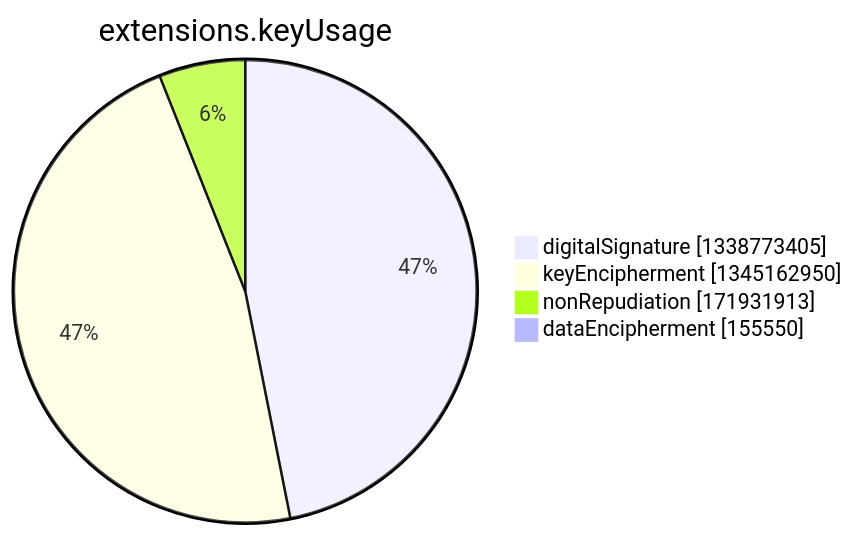
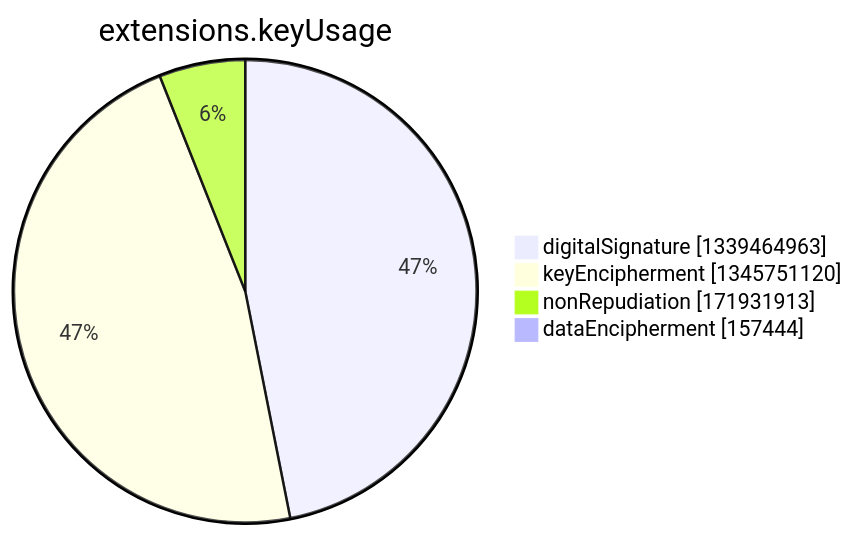
Before and after one commit to christiankrug/ctmonitor_visualization: the seventh of 15 diagrams in argon2022/README.md, drawn with Mermaid. The commit also changed other lines of this file, not shown here.

````diff
--- a/argon2022/README.md
+++ b/argon2022/README.md
@@ -2750,8 +2750,8 @@
 ```mermaid
 pie showData
 title extensions.keyUsage
-"digitalSignature" :1338773405
-"keyEncipherment" :1345162950
+"digitalSignature" :1339464963
+"keyEncipherment" :1345751120
 "nonRepudiation" :171931913
-"dataEncipherment" :155550
+"dataEncipherment" :157444
 ```
````
